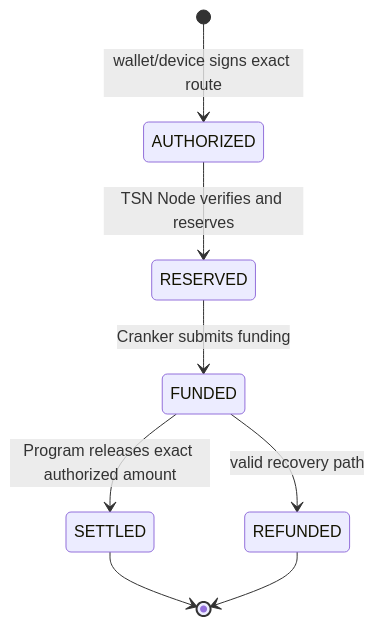
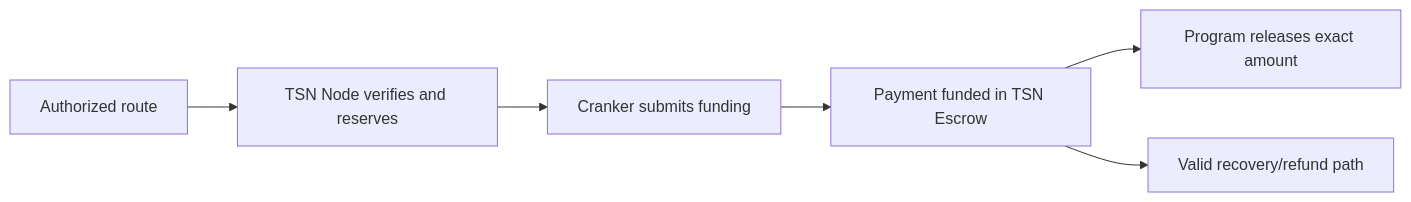
Before and after one commit to bigdreamsweb3/trustlink-pay: the second of 4 diagrams in docs/tsn-transaction-explorer.md, drawn with Mermaid. The commit also changed 9 other files, not shown here.

````diff
--- a/docs/tsn-transaction-explorer.md
+++ b/docs/tsn-transaction-explorer.md
@@ -26,10 +26,8 @@
 ```mermaid
-stateDiagram-v2
-    [*] --> AUTHORIZED: wallet/device signs exact route
-    AUTHORIZED --> RESERVED: TSN Node verifies and reserves
-    RESERVED --> FUNDED: Cranker submits funding
-    FUNDED --> SETTLED: Program releases exact authorized amount
-    FUNDED --> REFUNDED: valid recovery path
-    SETTLED --> [*]
-    REFUNDED --> [*]
+flowchart LR
+    A[Authorized route] --> B[TSN Node verifies and reserves]
+    B --> C[Cranker submits funding]
+    C --> D[Payment funded in TSN Escrow]
+    D --> E[Program releases exact amount]
+    D --> F[Valid recovery/refund path]
 ```
````
